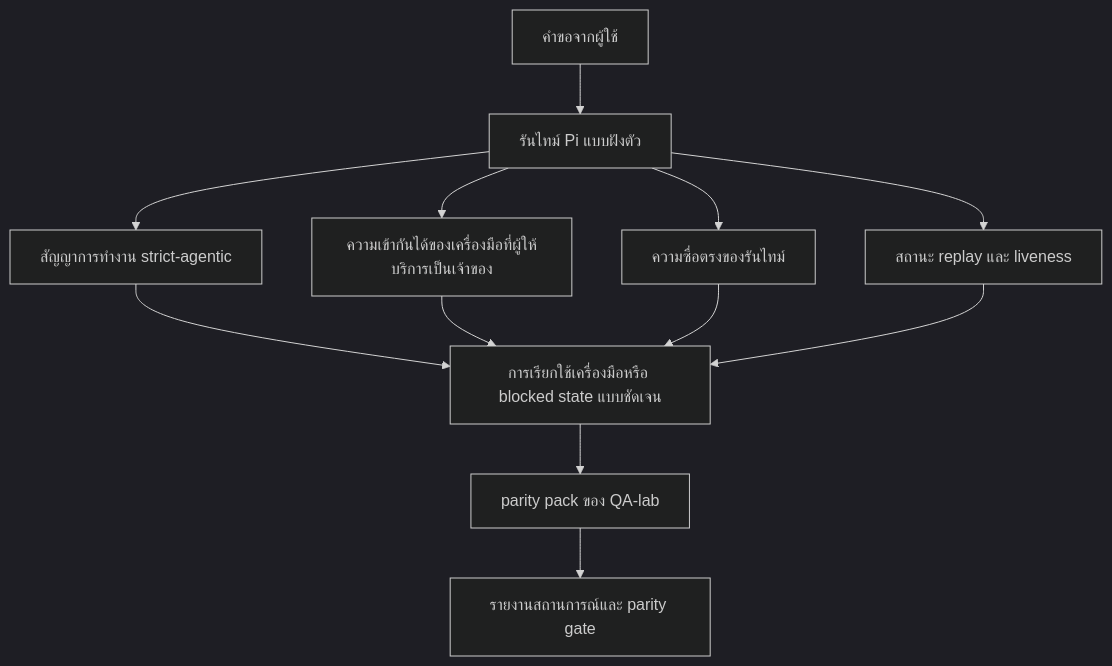
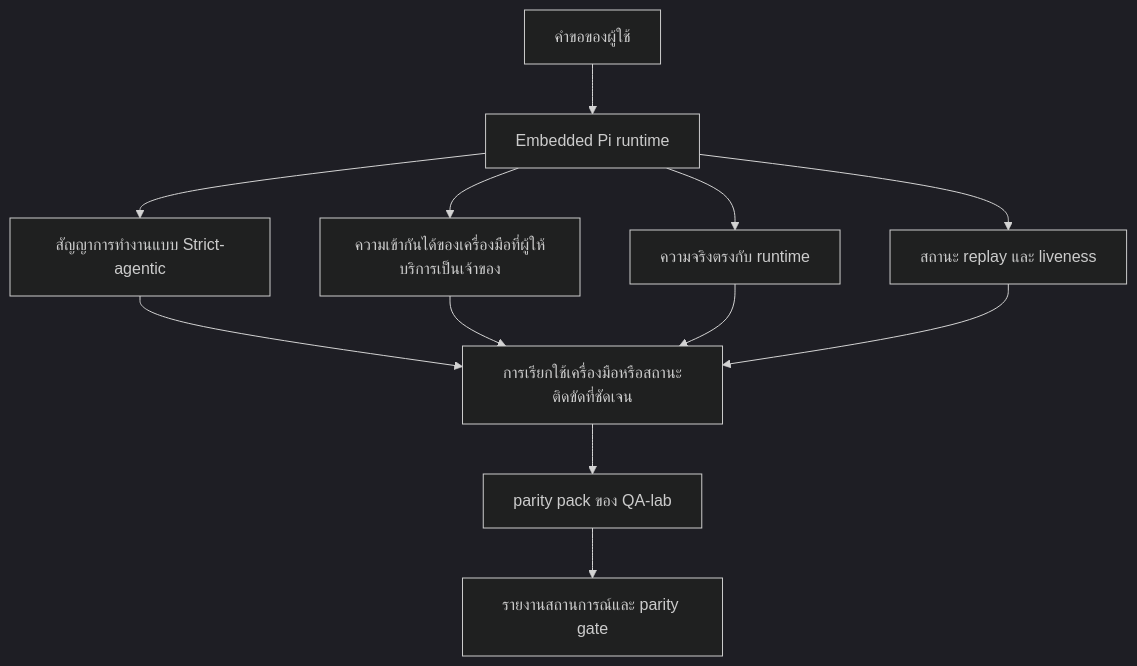
One commit to daichangya/openclaw-docs changed the first of 2 diagrams in docs/th/help/gpt54-codex-agentic-parity.md. Above: the diagram before and after it, drawn with Mermaid (dark theme). The commit also changed other lines of this file and 440 other files, not shown here.

````diff
--- a/docs/th/help/gpt54-codex-agentic-parity.md
+++ b/docs/th/help/gpt54-codex-agentic-parity.md
@@ -114,14 +114,14 @@
 ```mermaid
 flowchart TD
-    A["คำขอจากผู้ใช้"] --> B["รันไทม์ Pi แบบฝังตัว"]
-    B --> C["สัญญาการทำงาน strict-agentic"]
+    A["คำขอของผู้ใช้"] --> B["Embedded Pi runtime"]
+    B --> C["สัญญาการทำงานแบบ Strict-agentic"]
     B --> D["ความเข้ากันได้ของเครื่องมือที่ผู้ให้บริการเป็นเจ้าของ"]
-    B --> E["ความซื่อตรงของรันไทม์"]
+    B --> E["ความจริงตรงกับ runtime"]
     B --> F["สถานะ replay และ liveness"]
-    C --> G["การเรียกใช้เครื่องมือหรือ blocked state แบบชัดเจน"]
+    C --> G["การเรียกใช้เครื่องมือหรือสถานะติดขัดที่ชัดเจน"]
     D --> G
     E --> G
     F --> G
     G --> H["parity pack ของ QA-lab"]
     H --> I["รายงานสถานการณ์และ parity gate"]
 ```
````
